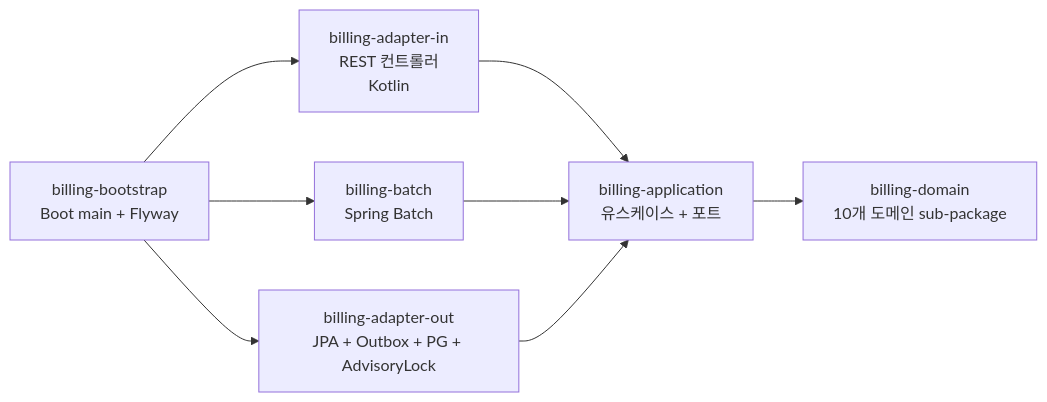
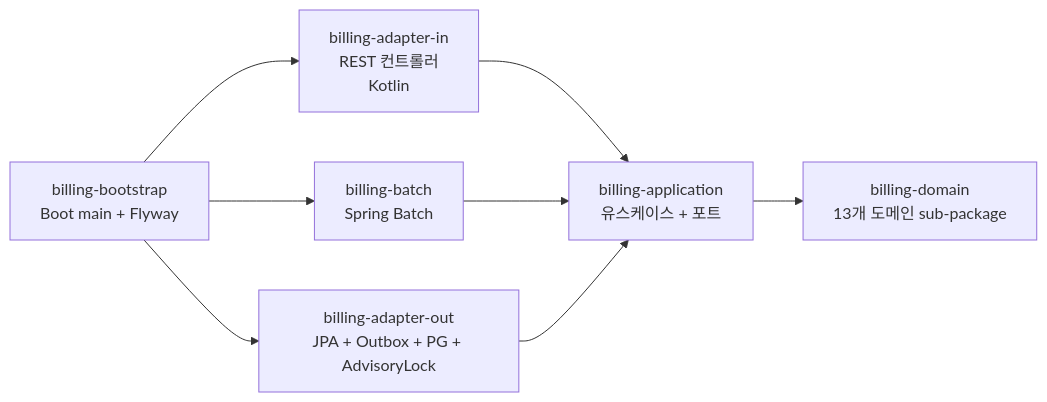
The second of 2 diagrams in README.md (ssa1004/billing-platform), drawn with Mermaid before and after one commit. The commit also changed other lines of this file and 37 other files, not shown here.

````diff
--- a/README.md
+++ b/README.md
@@ -99,17 +100,17 @@
 ```mermaid
 graph LR
     in[billing-adapter-in<br/>REST 컨트롤러<br/>Kotlin]
     app[billing-application<br/>유스케이스 + 포트]
-    domain[billing-domain<br/>10개 도메인 sub-package]
+    domain[billing-domain<br/>13개 도메인 sub-package]
     out[billing-adapter-out<br/>JPA + Outbox + PG + AdvisoryLock]
     batch[billing-batch<br/>Spring Batch]
     boot[billing-bootstrap<br/>Boot main + Flyway]
 
     in --> app
     boot --> in
     boot --> out
     boot --> batch
     batch --> app
     out --> app
     app --> domain
 ```
````
